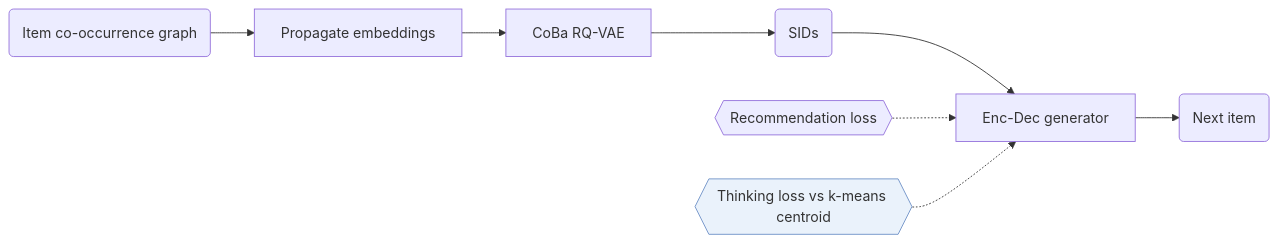
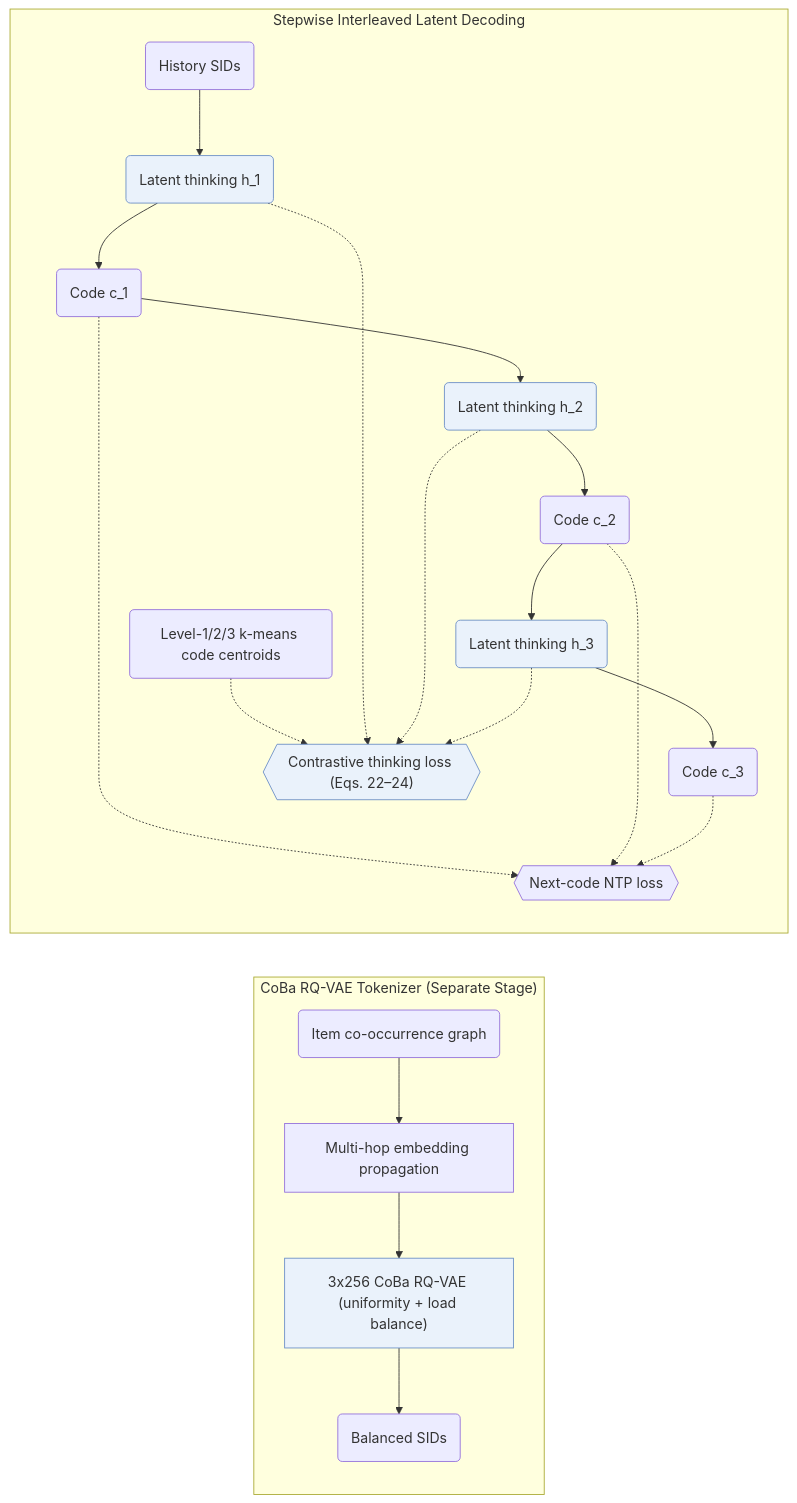
The diagram in notes/s2gr.md (Galaxy-ghost/Awesome-SID-Generative-Rec), drawn with Mermaid before and after one commit. The commit also changed other lines of this file and 649 other files, not shown here.

Commit message:
writer-05: also tags and modality index (schema, check, build, visuals); summary field removed; calibration data for 12 papers

````diff
--- a/notes/s2gr.md
+++ b/notes/s2gr.md
@@ -11,11 +12,16 @@
 ```mermaid
 flowchart LR
-    A("Item co-occurrence graph") --> B["Propagate embeddings"]
-    B --> C["CoBa RQ-VAE"]
-    C --> D("SIDs")
-    D --> E["Enc-Dec generator"]
-    L1{{"Recommendation loss"}} -.-> E
-    L2{{"Thinking loss vs k-means centroid"}}:::key -.-> E
-    E --> F("Next item")
+    subgraph Tok["CoBa RQ-VAE Tokenizer (Separate Stage)"]
+        G("Item co-occurrence graph") --> P["Multi-hop embedding propagation"]
+        P --> Q["3x256 CoBa RQ-VAE (uniformity + load balance)"]:::key
+        Q --> S("Balanced SIDs")
+    end
+    subgraph Step["Stepwise Interleaved Latent Decoding"]
+        H("History SIDs") --> T1("Latent thinking h_1"):::key
+        T1 --> C1("Code c_1") --> T2("Latent thinking h_2"):::key --> C2("Code c_2") --> T3("Latent thinking h_3"):::key --> C3("Code c_3")
+        K1("Level-1/2/3 k-means code centroids") -.-> L2{{"Contrastive thinking loss (Eqs. 22–24)"}}:::key
+        T1 & T2 & T3 -.-> L2
+        C1 & C2 & C3 -.-> L1{{"Next-code NTP loss"}}
+    end
     classDef key fill:#eaf2fb,stroke:#6b8fc7
 ```
````
